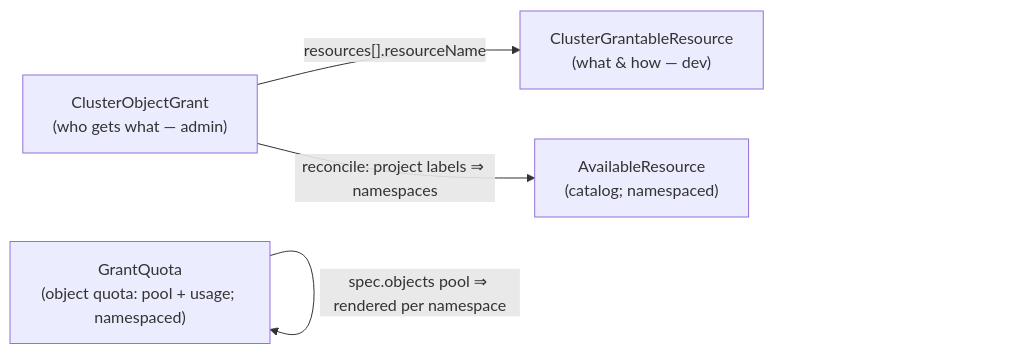
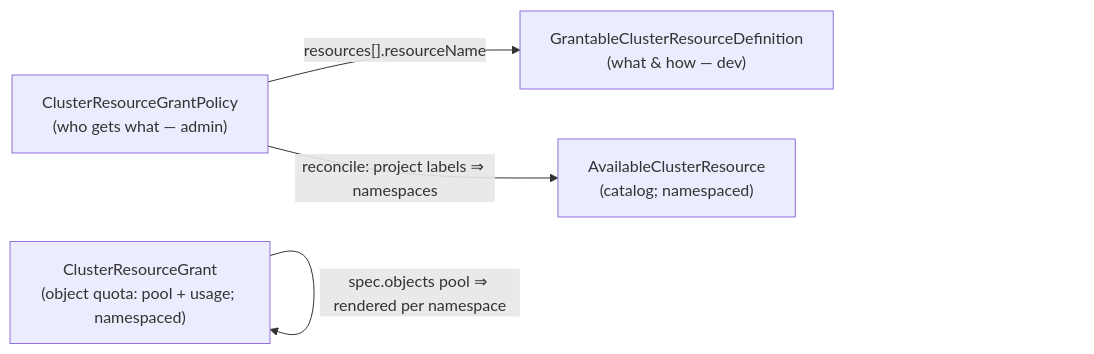
The second of 4 diagrams in modules/160-multitenancy-manager/docs/internal/CLUSTER_OBJECT_GRANTS_DESIGN.md (deckhouse/deckhouse), drawn with Mermaid before and after one commit. The commit also changed other lines of this file and 45 other files, not shown here.

First line of the commit message:
[multitenancy-manager] rename CRDs to cluster-resource terminology

````diff
--- a/modules/160-multitenancy-manager/docs/internal/CLUSTER_OBJECT_GRANTS_DESIGN.md
+++ b/modules/160-multitenancy-manager/docs/internal/CLUSTER_OBJECT_GRANTS_DESIGN.md
@@ -105,10 +105,10 @@
 ```mermaid
 flowchart LR
-  COG["ClusterObjectGrant<br/>(who gets what — admin)"]
-  CGR["ClusterGrantableResource<br/>(what & how — dev)"]
-  AR["AvailableResource<br/>(catalog; namespaced)"]
-  GQ["GrantQuota<br/>(object quota: pool + usage; namespaced)"]
+  COG["ClusterResourceGrantPolicy<br/>(who gets what — admin)"]
+  CGR["GrantableClusterResourceDefinition<br/>(what & how — dev)"]
+  AR["AvailableClusterResource<br/>(catalog; namespaced)"]
+  GQ["ClusterResourceGrant<br/>(object quota: pool + usage; namespaced)"]
   COG -- "resources[].resourceName" --> CGR
   COG -- "reconcile: project labels ⇒ namespaces" --> AR
   GQ -- "spec.objects pool ⇒ rendered per namespace" --> GQ
 ```
````
